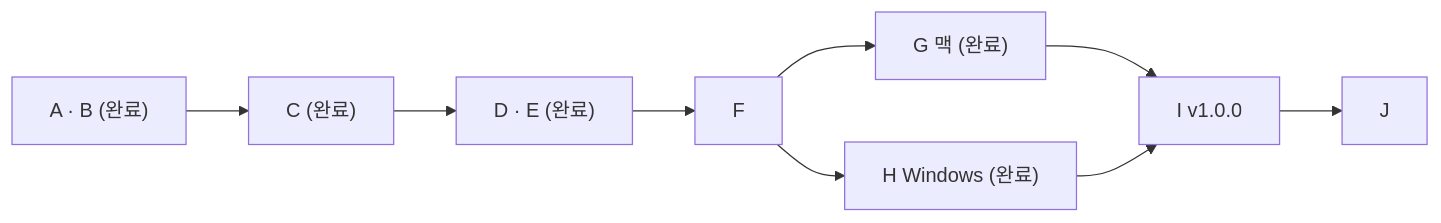
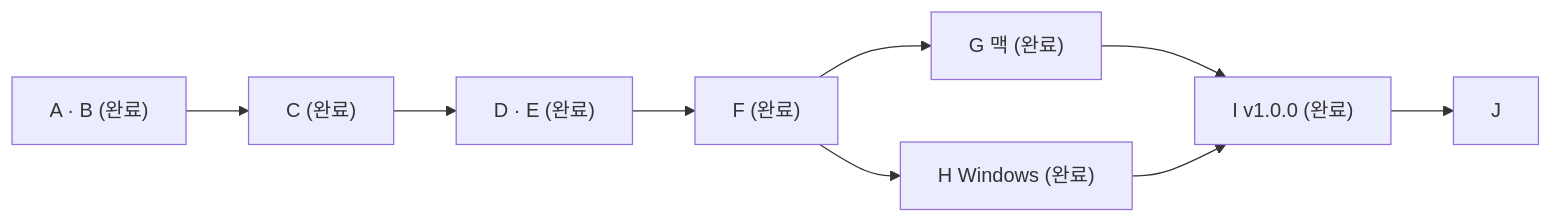
The second of 2 diagrams in docs/2026-11-23-skill-drive-v1-status-and-handoff.md (Seosiju/my-skills), drawn with Mermaid before and after one commit. The commit also changed other lines of this file, not shown here.

````diff
--- a/docs/2026-11-23-skill-drive-v1-status-and-handoff.md
+++ b/docs/2026-11-23-skill-drive-v1-status-and-handoff.md
@@ -285,9 +286,9 @@
 ```mermaid
 flowchart LR
-  AB["A · B (완료)"] --> C["C (완료)"] --> DE["D · E (완료)"] --> F["F"]
+  AB["A · B (완료)"] --> C["C (완료)"] --> DE["D · E (완료)"] --> F["F (완료)"]
   F --> G["G 맥 (완료)"]
   F --> H["H Windows (완료)"]
-  G --> I["I v1.0.0"]
+  G --> I["I v1.0.0 (완료)"]
   H --> I
   I --> J["J"]
 ```
````
